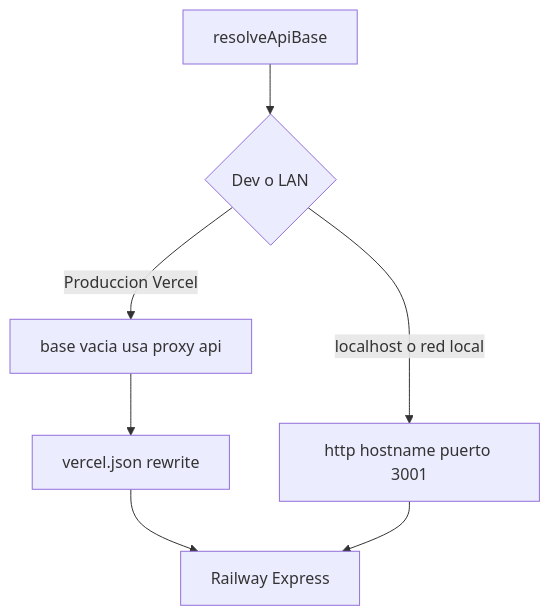
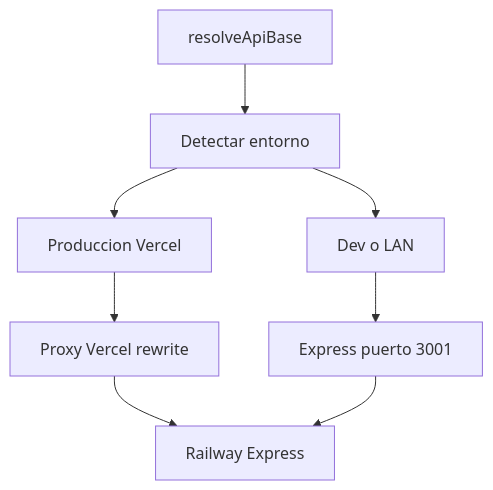
The second of 10 diagrams in README.md (Alejostone1/Desarpro), drawn with Mermaid before and after one commit. The commit also changed other lines of this file, not shown here.

Commit message:
Fix: diagrama Mermaid resolveApiBase compatible con GitHub.

````diff
--- a/README.md
+++ b/README.md
@@ -257,9 +257,10 @@
 ```mermaid
-flowchart TD
-    A[resolveApiBase] --> B{Dev o LAN}
-    B -->|localhost o red local| C["http hostname puerto 3001"]
-    B -->|Produccion Vercel| D["base vacia usa proxy api"]
-    D --> E[vercel.json rewrite]
-    E --> F[Railway Express]
-    C --> F
+graph TD
+    A[resolveApiBase] --> B[Detectar entorno]
+    B --> C[Dev o LAN]
+    B --> D[Produccion Vercel]
+    C --> E[Express puerto 3001]
+    D --> F[Proxy Vercel rewrite]
+    F --> G[Railway Express]
+    E --> G
 ```
````
